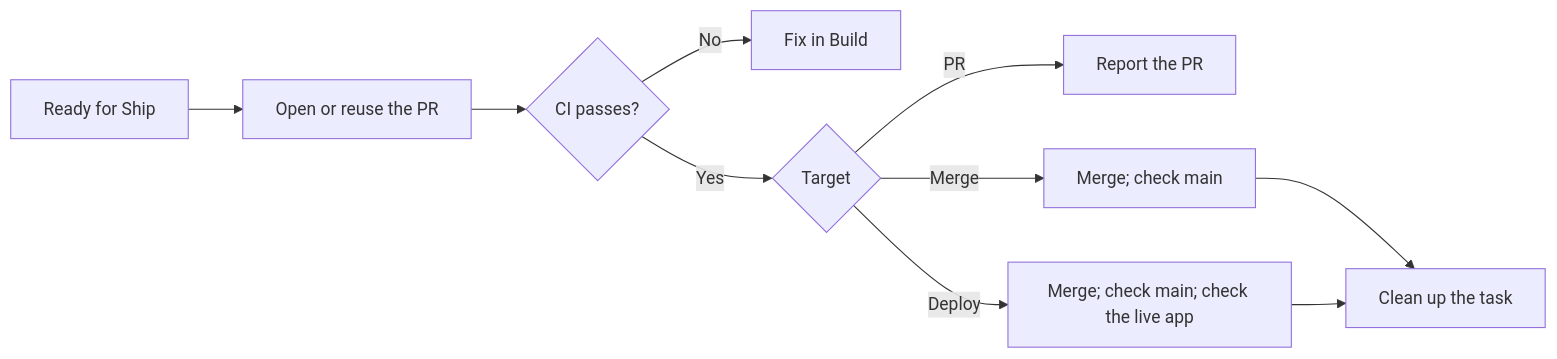
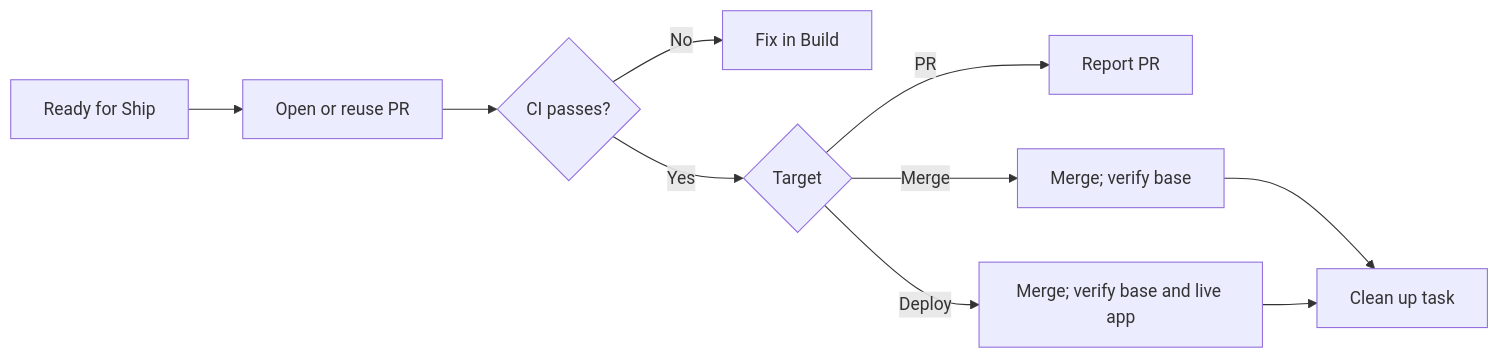
Before and after one commit to sgaabdu4/hard-eng: the fifth of 7 diagrams in README.md, drawn with Mermaid. The commit also changed other lines of this file and 1 other file, not shown here.

````diff
--- a/README.md
+++ b/README.md
@@ -235,12 +219,12 @@
 ```mermaid
 flowchart LR
-  A[Ready for Ship] --> B[Open or reuse the PR]
+  A[Ready for Ship] --> B[Open or reuse PR]
   B --> C{CI passes?}
   C -->|No| X[Fix in Build]
   C -->|Yes| D{Target}
-  D -->|PR| E[Report the PR]
-  D -->|Merge| F[Merge; check main]
-  D -->|Deploy| G[Merge; check main; check the live app]
-  F --> K[Clean up the task]
+  D -->|PR| E[Report PR]
+  D -->|Merge| F[Merge; verify base]
+  D -->|Deploy| G[Merge; verify base and live app]
+  F --> K[Clean up task]
   G --> K
 ```
````
